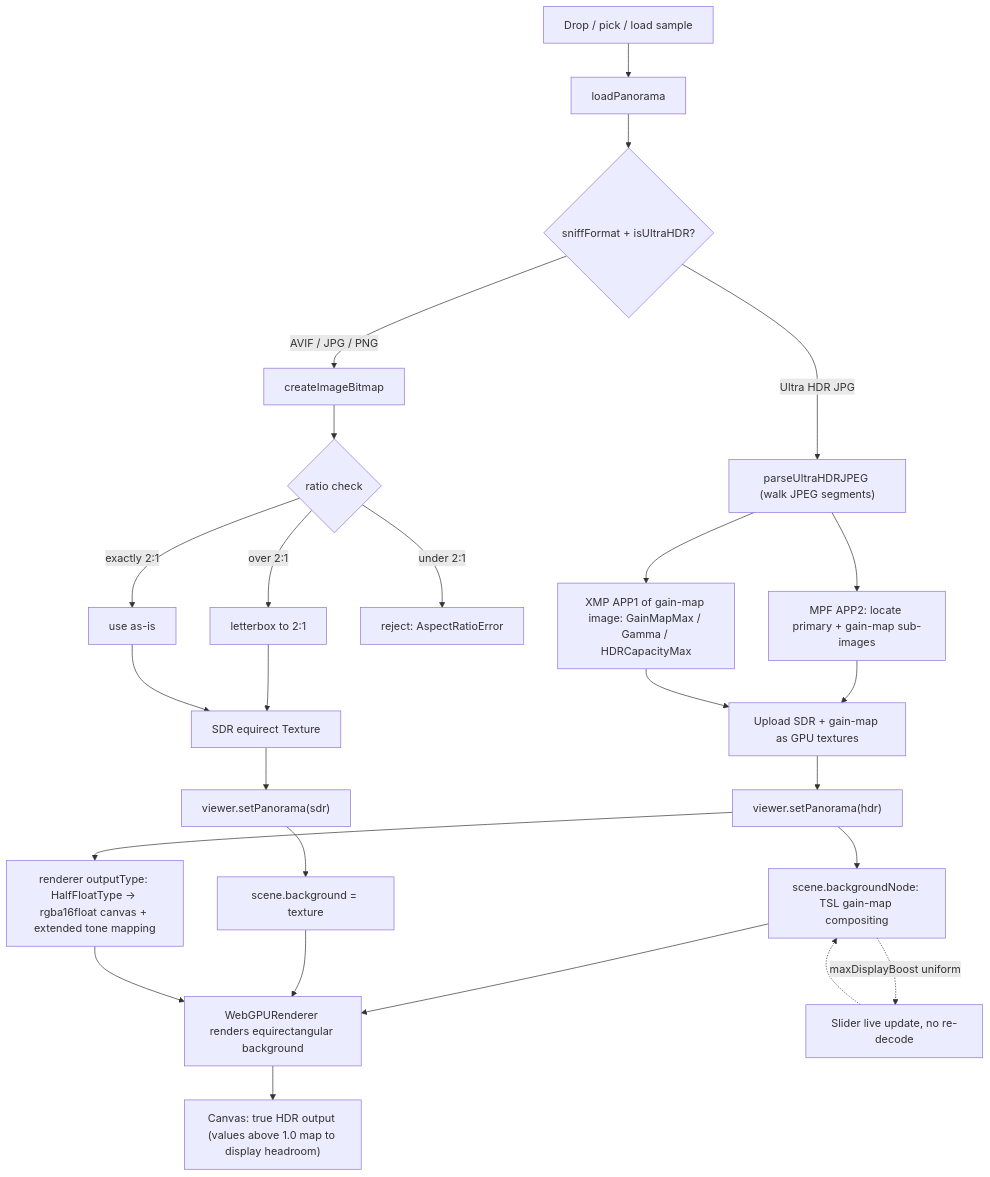
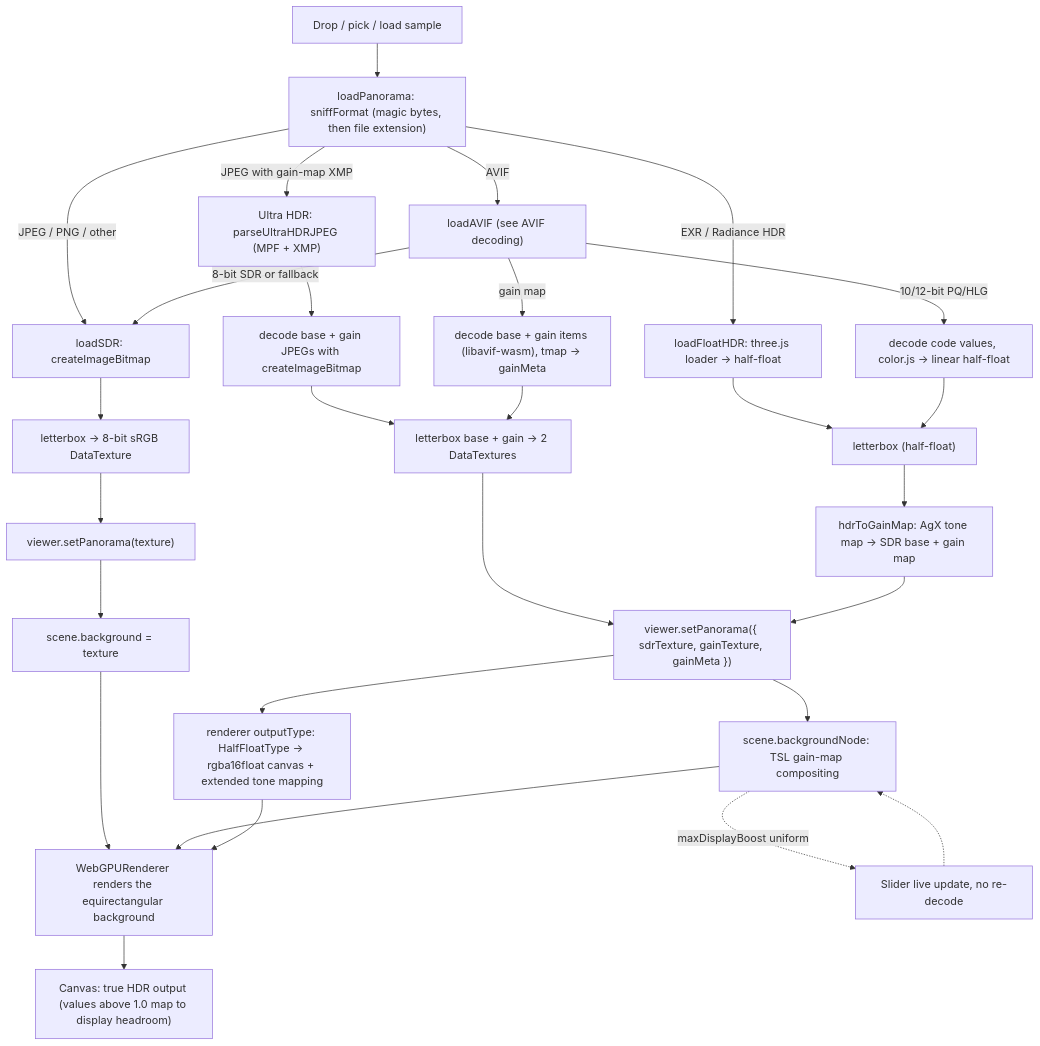
Before and after one commit to realsee-developer/panorama-viewer: the first of 2 diagrams in DEVELOPMENT.md, drawn with Mermaid. The commit also changed other lines of this file, not shown here.

First line of the commit message:
docs: document per-format loading, display strategy and conversion

````diff
--- a/DEVELOPMENT.md
+++ b/DEVELOPMENT.md
@@ -19,35 +21,37 @@
 ```mermaid
 flowchart TD
-    A["Drop / pick / load sample"] --> B["loadPanorama"]
-    B --> C{"sniffFormat + isUltraHDR?"}
+    A["Drop / pick / load sample"] --> B["loadPanorama: sniffFormat (magic bytes, then file extension)"]
 
-    C -->|"Ultra HDR JPG"| D["parseUltraHDRJPEG (walk JPEG segments)"]
-    D --> D1["MPF APP2: locate primary + gain-map sub-images"]
-    D --> D2["XMP APP1 of gain-map image: GainMapMax / Gamma / HDRCapacityMax"]
-    D1 --> E["Upload SDR + gain-map as GPU textures"]
-    D2 --> E
+    B -->|"JPEG with gain-map XMP"| U["Ultra HDR: parseUltraHDRJPEG (MPF + XMP)"]
+    B -->|"AVIF"| V["loadAVIF (see AVIF decoding)"]
+    B -->|"EXR / Radiance HDR"| W["loadFloatHDR: three.js loader -> half-float"]
+    B -->|"JPEG / PNG / other"| S["loadSDR: createImageBitmap"]
 
-    C -->|"AVIF / JPG / PNG"| F["createImageBitmap"]
-    F --> G{"ratio check"}
-    G -->|"under 2:1"| GX["reject: AspectRatioError"]
-    G -->|"over 2:1"| GL["letterbox to 2:1"]
-    G -->|"exactly 2:1"| GE["use as-is"]
-    GL --> H["SDR equirect Texture"]
-    GE --> H
+    U --> U1["decode base + gain JPEGs with createImageBitmap"]
+    V -->|"gain map"| V1["decode base + gain items (libavif-wasm), tmap -> gainMeta"]
+    V -->|"10/12-bit PQ/HLG"| V2["decode code values, color.js -> linear half-float"]
+    V -->|"8-bit SDR or fallback"| S
+    W --> W1["letterbox (half-float)"]
+    V2 --> W1
+    W1 --> W2["hdrToGainMap: AgX tone map -> SDR base + gain map"]
 
-    E --> I["viewer.setPanorama(hdr)"]
-    H --> J["viewer.setPanorama(sdr)"]
+    S --> S1["letterbox -> 8-bit sRGB DataTexture"]
+    U1 --> U2["letterbox base + gain -> 2 DataTextures"]
+    V1 --> U2
 
+    S1 --> J["viewer.setPanorama(texture)"]
+    U2 --> I["viewer.setPanorama({ sdrTexture, gainTexture, gainMeta })"]
+    W2 --> I
+
+    J --> L["scene.background = texture"]
     I --> K["scene.backgroundNode: TSL gain-map compositing"]
-    J --> L["scene.background = texture"]
-
     I --> M["renderer outputType: HalfFloatType -> rgba16float canvas + extended tone mapping"]
-    K --> N["WebGPURenderer renders equirectangular background"]
-    L --> N
+    L --> N["WebGPURenderer renders the equirectangular background"]
+    K --> N
     M --> N
 
     N --> O["Canvas: true HDR output (values above 1.0 map to display headroom)"]
 
     K -. "maxDisplayBoost uniform" .-> P["Slider live update, no re-decode"]
     P -.-> K
 ```
````
